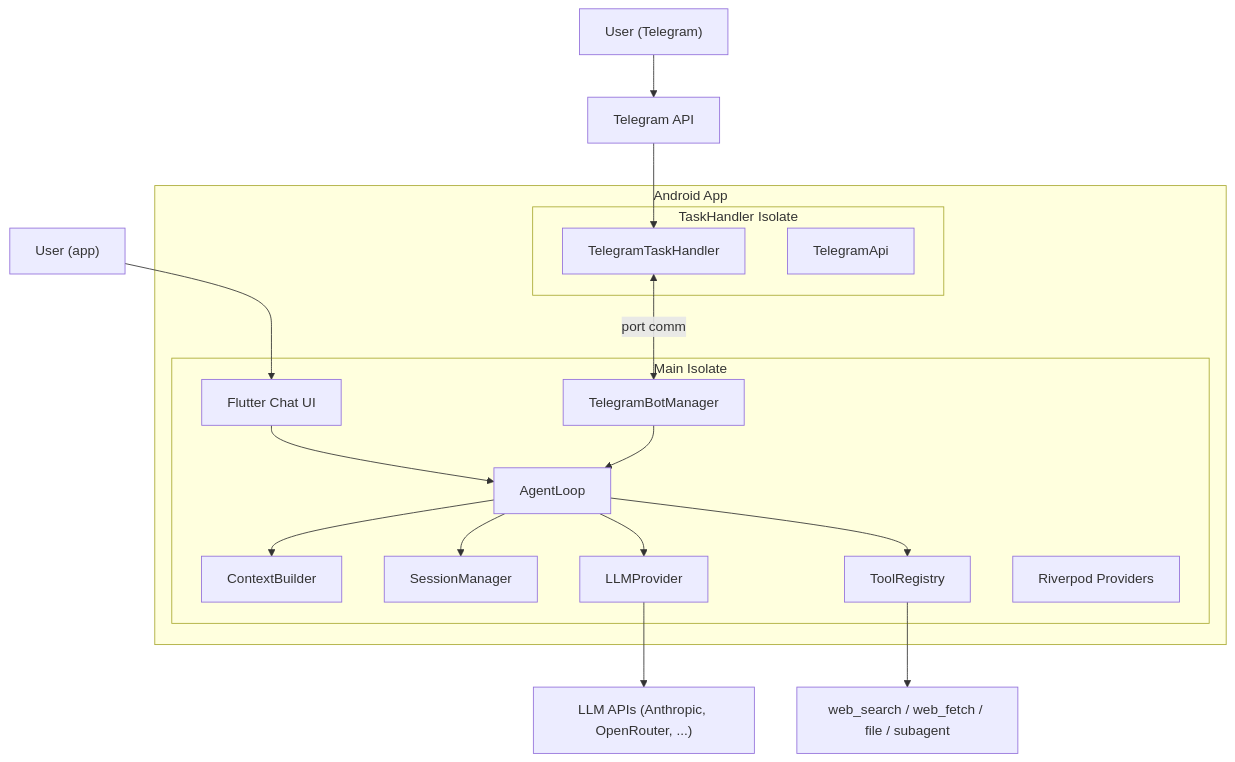
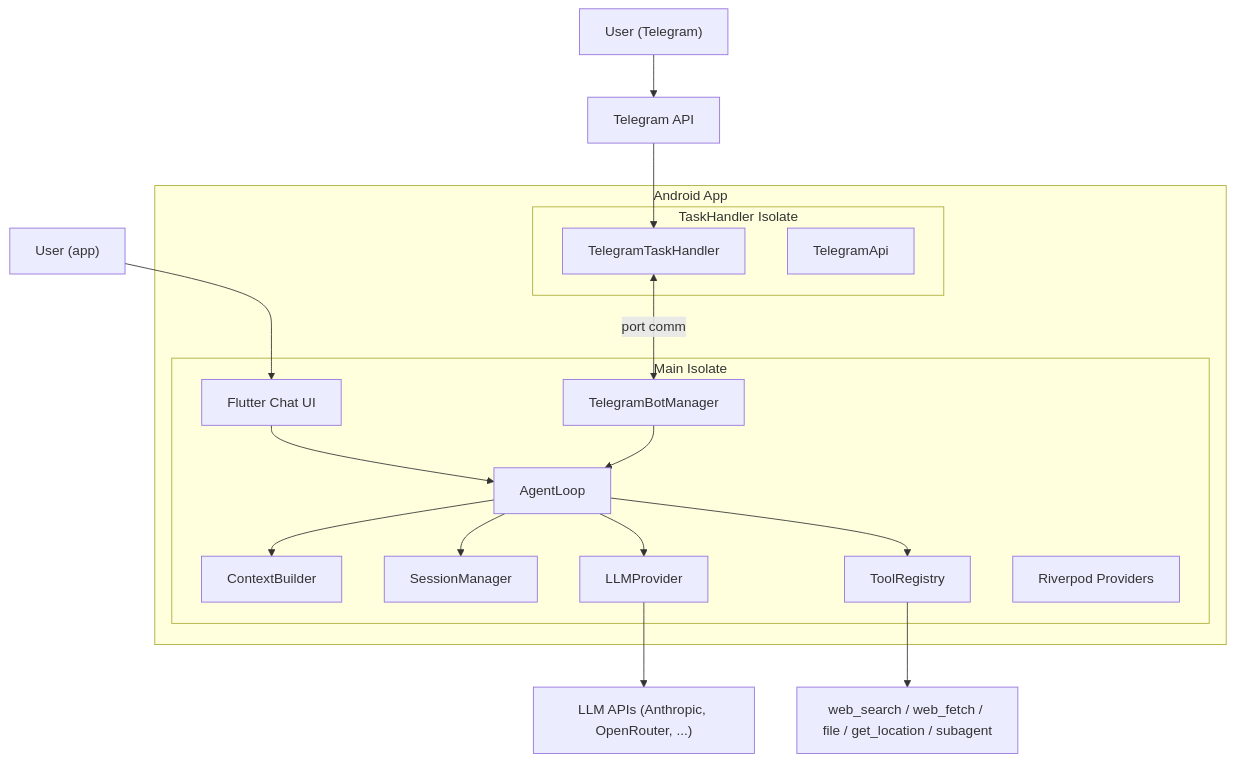
Before and after one commit to dgirard/droidclaw: the first of 3 diagrams in README.md, drawn with Mermaid. The commit also changed other lines of this file and 11 other files, not shown here.

````diff
--- a/README.md
+++ b/README.md
@@ -54,32 +54,32 @@
 ```mermaid
 graph TB
     subgraph "Android App"
         subgraph "Main Isolate"
             UI["Flutter Chat UI"]
             TM["TelegramBotManager"]
             AL["AgentLoop"]
             CB["ContextBuilder"]
             SM["SessionManager"]
             TR["ToolRegistry"]
             LP["LLMProvider"]
             RP["Riverpod Providers"]
         end
         subgraph "TaskHandler Isolate"
             TH["TelegramTaskHandler"]
             TA["TelegramApi"]
         end
     end
 
     User1["User (app)"] --> UI
     User2["User (Telegram)"] --> TG["Telegram API"]
     TG --> TH
     TH <-->|"port comm"| TM
     UI --> AL
     TM --> AL
     AL --> LP
     AL --> TR
     AL --> SM
     AL --> CB
     LP --> LLM["LLM APIs (Anthropic, OpenRouter, ...)"]
-    TR --> Tools["web_search / web_fetch / file / subagent"]
+    TR --> Tools["web_search / web_fetch / file / get_location / subagent"]
 ```
````
